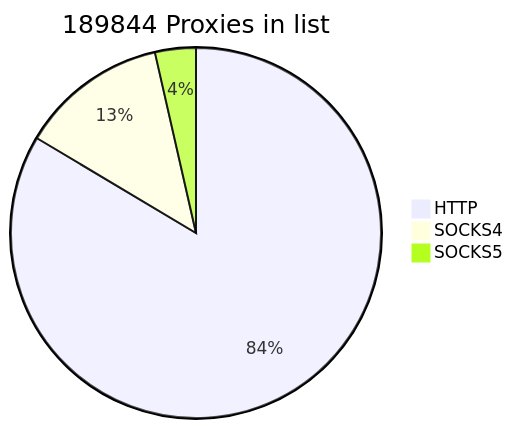
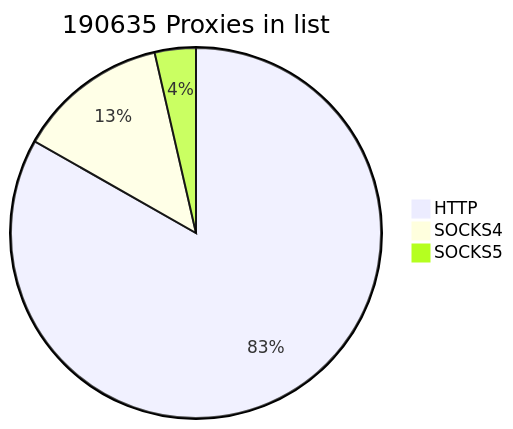
One commit to cutipu/proxylist changed the first of 2 diagrams in README.md. Above: the diagram before and after it, drawn with Mermaid. The commit also changed other lines of this file, not shown here.

````diff
--- a/README.md
+++ b/README.md
@@ -2,7 +2,7 @@
 ```mermaid
-pie title 189844 Proxies in list
-    "HTTP" : 158629
-    "SOCKS4" : 24453
-    "SOCKS5" : 6762
+pie title 190635 Proxies in list
+    "HTTP" : 158655
+    "SOCKS4" : 25136
+    "SOCKS5" : 6844
             
 ```
````
